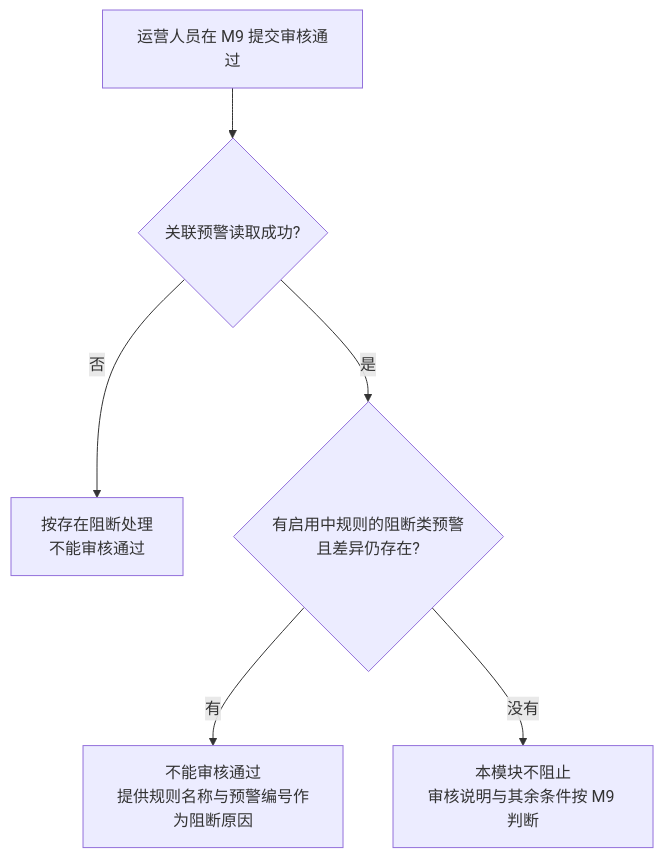
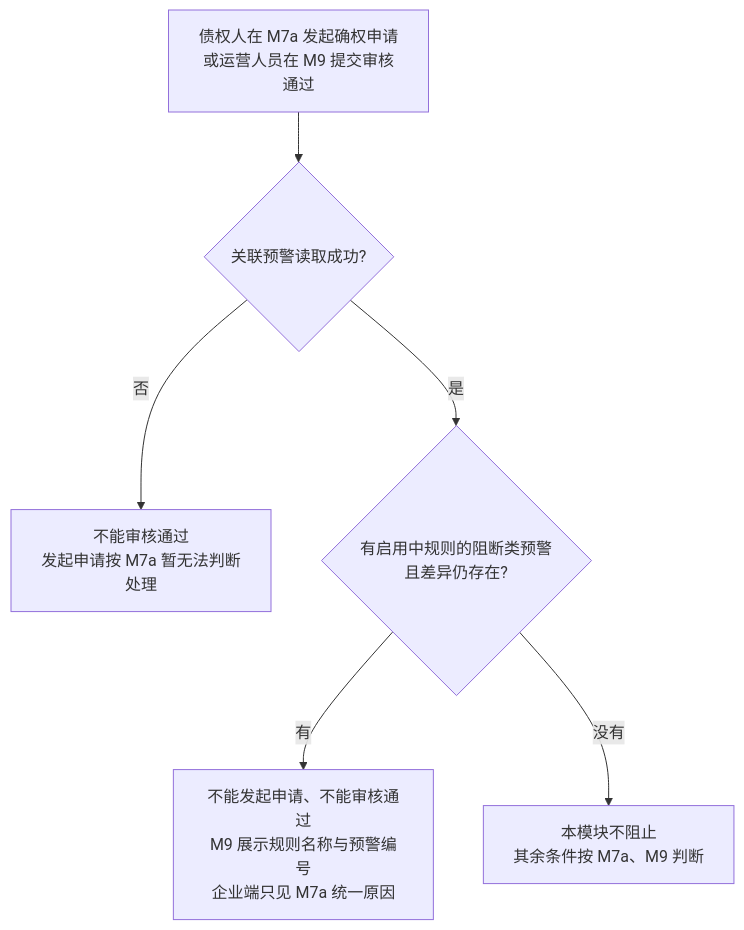
Before and after one commit to wxblockchain/Chain-Financing: the sixth of 7 diagrams in asset-trust-platform/PRD/运营端/M8-风控预警/02-风控预警-流程图与状态机.md, drawn with Mermaid. The commit also changed other lines of this file and 4 other files, not shown here.

````diff
--- a/asset-trust-platform/PRD/运营端/M8-风控预警/02-风控预警-流程图与状态机.md
+++ b/asset-trust-platform/PRD/运营端/M8-风控预警/02-风控预警-流程图与状态机.md
@@ -115,8 +115,8 @@
 ```mermaid
 flowchart TD
-    A[运营人员在 M9 提交审核通过] --> B{关联预警读取成功?}
-    B -->|否| B1[按存在阻断处理<br/>不能审核通过]
+    A[债权人在 M7a 发起确权申请<br/>或运营人员在 M9 提交审核通过] --> B{关联预警读取成功?}
+    B -->|否| B1[不能审核通过<br/>发起申请按 M7a 暂无法判断处理]
     B -->|是| C{有启用中规则的阻断类预警<br/>且差异仍存在?}
-    C -->|有| C1[不能审核通过<br/>提供规则名称与预警编号作为阻断原因]
-    C -->|没有| G[本模块不阻止<br/>审核说明与其余条件按 M9 判断]
+    C -->|有| C1[不能发起申请、不能审核通过<br/>M9 展示规则名称与预警编号<br/>企业端只见 M7a 统一原因]
+    C -->|没有| G[本模块不阻止<br/>其余条件按 M7a、M9 判断]
 ```
````
